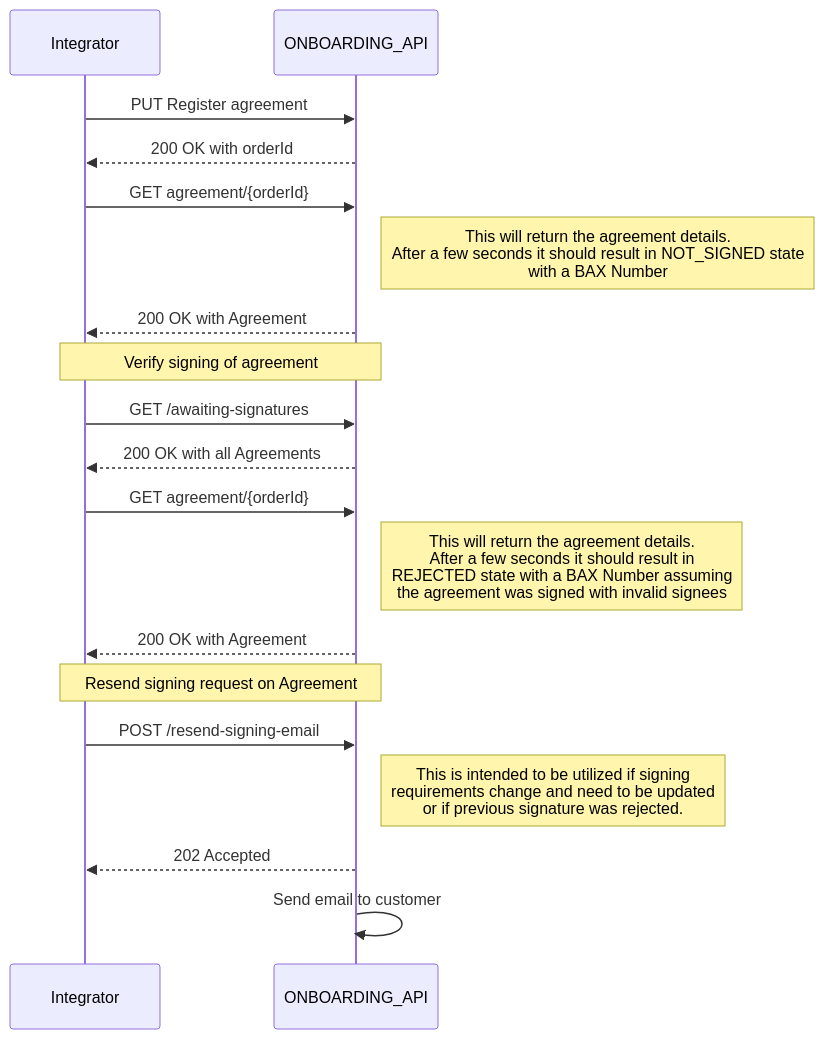
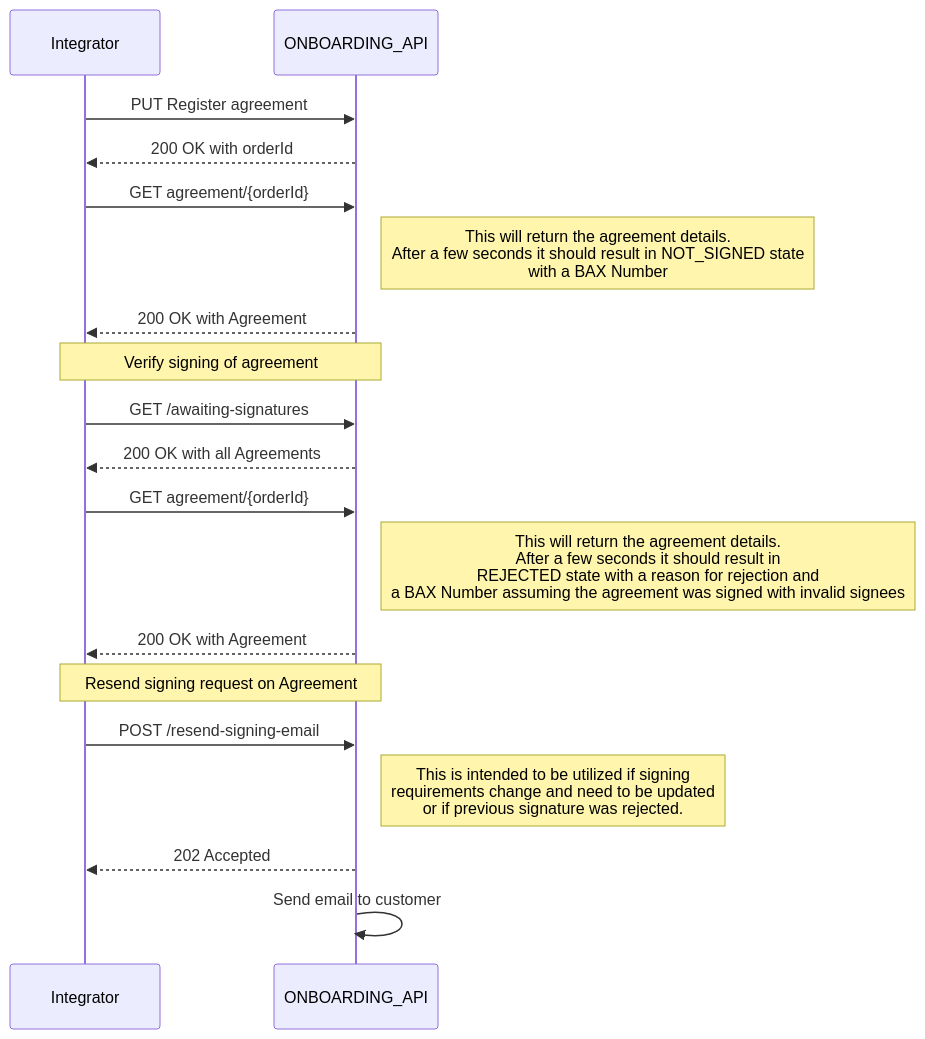
The second of 6 diagrams in docs/getting_started.md (BankAxept/bankaxept-onboarding-external-documentation), drawn with Mermaid before and after one commit. The commit also changed other lines of this file and 3 other files, not shown here.

````diff
--- a/docs/getting_started.md
+++ b/docs/getting_started.md
@@ -51,25 +57,25 @@
 ```mermaid
 sequenceDiagram
 participant I as Integrator
 participant O as ONBOARDING_API
 
 I ->> O: PUT Register agreement
 O -->> I: 200 OK with orderId
 
 I ->> O : GET agreement/{orderId}
 note right of O: This will return the agreement details. <br/> After a few seconds it should result in NOT_SIGNED state <br/> with a BAX Number
 O -->> I: 200 OK with Agreement
 note over I, O: Verify signing of agreement
 I ->> O: GET /awaiting-signatures
 O -->> I: 200 OK with all Agreements
 I ->> O : GET agreement/{orderId}
-note right of O: This will return the agreement details. <br/> After a few seconds it should result in <br/> REJECTED state with a BAX Number assuming <br/> the agreement was signed with invalid signees
+note right of O: This will return the agreement details. <br/> After a few seconds it should result in <br/> REJECTED state with a reason for rejection and <br/> a BAX Number assuming the agreement was signed with invalid signees
 O -->> I: 200 OK with Agreement
 
 note over I, O: Resend signing request on Agreement
 I ->> O: POST /resend-signing-email
 note right of O: This is intended to be utilized if signing <br/> requirements change and need to be updated <br/> or if previous signature was rejected.
 
 O -->> I: 202 Accepted
 O ->> O: Send email to customer
 ```
````
